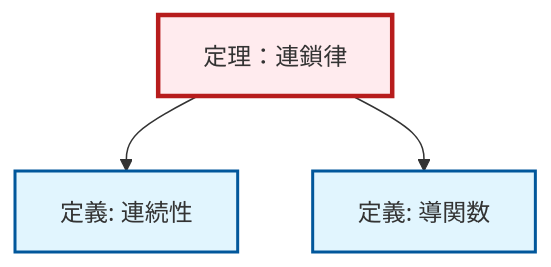
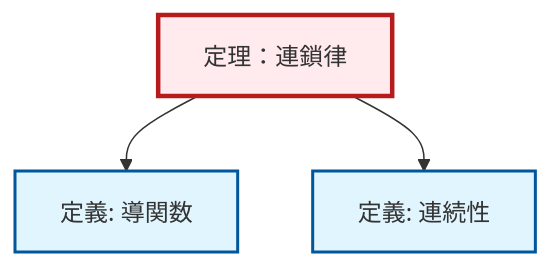
Before and after one commit to RK0429/ModernMath: the second of 2 diagrams in content/ja/analysis/thm-chain-rule.qmd, drawn with Mermaid. The commit also changed other lines of this file and 328 other files, not shown here.

````diff
--- a/content/ja/analysis/thm-chain-rule.qmd
+++ b/content/ja/analysis/thm-chain-rule.qmd
@@ -90,17 +90,17 @@
 ```{mermaid}
 %%| fig-cap: "ローカル依存関係グラフ"
 graph TD
     classDef definition fill:#e1f5fe,stroke:#01579b,stroke-width:2px
     classDef theorem fill:#f3e5f5,stroke:#4a148c,stroke-width:2px
     classDef axiom fill:#fff3e0,stroke:#e65100,stroke-width:2px
     classDef example fill:#e8f5e9,stroke:#1b5e20,stroke-width:2px
     classDef current fill:#ffebee,stroke:#b71c1c,stroke-width:3px
+    def-derivative["定義: 導関数"]:::definition
+    thm-chain-rule["定理：連鎖律"]:::theorem
     def-continuity["定義: 連続性"]:::definition
-    thm-chain-rule["定理：連鎖律"]:::theorem
-    def-derivative["定義: 導関数"]:::definition
+    thm-chain-rule --> def-derivative
     thm-chain-rule --> def-continuity
-    thm-chain-rule --> def-derivative
     class thm-chain-rule current
+    click def-derivative "def-derivative.html" "導関数の定義へ"
     click def-continuity "def-continuity.html" "連続性の定義へ"
-    click def-derivative "def-derivative.html" "導関数の定義へ"
 ```
````
